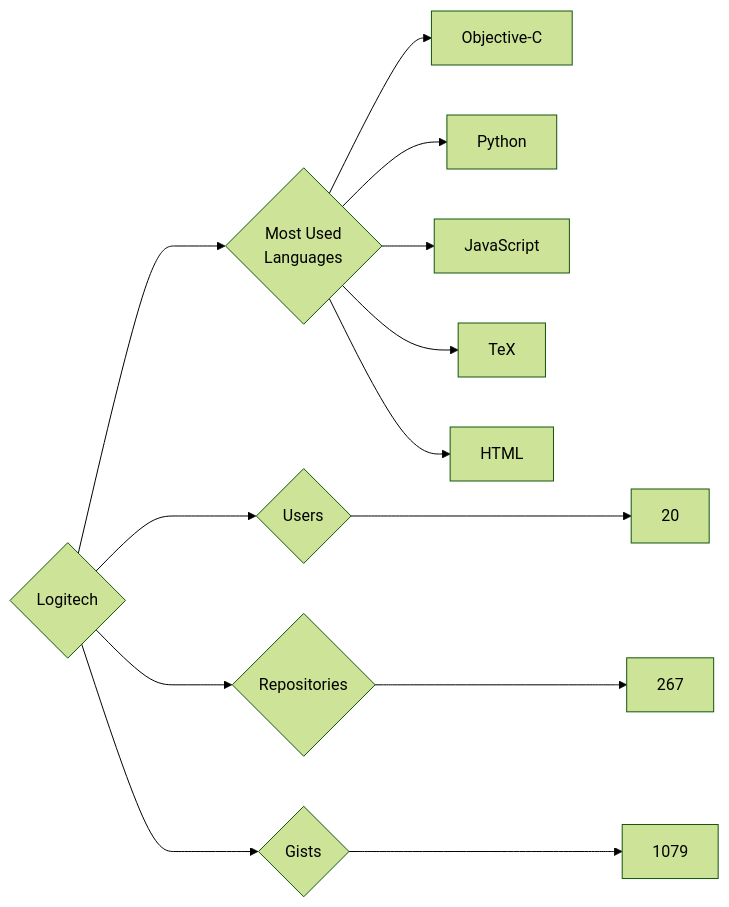
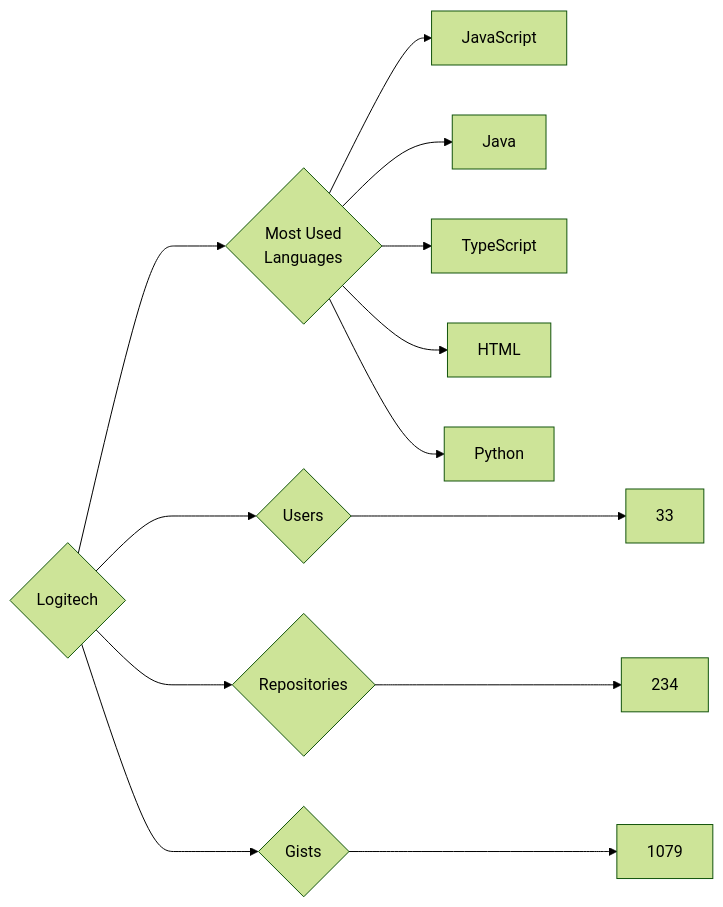
Before and after one commit to trickest/insiders: the diagram in targets/Logitech/README.md, drawn with Mermaid (forest theme). The commit also changed 847 other files, not shown here.

````diff
--- a/targets/Logitech/README.md
+++ b/targets/Logitech/README.md
@@ -3,13 +3,13 @@
 ```mermaid
 graph LR
 COMPANY_NAME{Logitech}
-COMPANY_NAME ---> U{Users} ---> UN[20]
-COMPANY_NAME ---> R{Repositories} ---> RN[267]
+COMPANY_NAME ---> U{Users} ---> UN[33]
+COMPANY_NAME ---> R{Repositories} ---> RN[234]
 COMPANY_NAME ---> G{Gists} ---> GN[1079]
 COMPANY_NAME ---> ML{Most Used<br>Languages}
-ML --> Objective-C[Objective-C]
+ML --> JavaScript[JavaScript]
+ML --> Java[Java]
+ML --> TypeScript[TypeScript]
+ML --> HTML[HTML]
 ML --> Python[Python]
-ML --> JavaScript[JavaScript]
-ML --> TeX[TeX]
-ML --> HTML[HTML]
 ```
````
